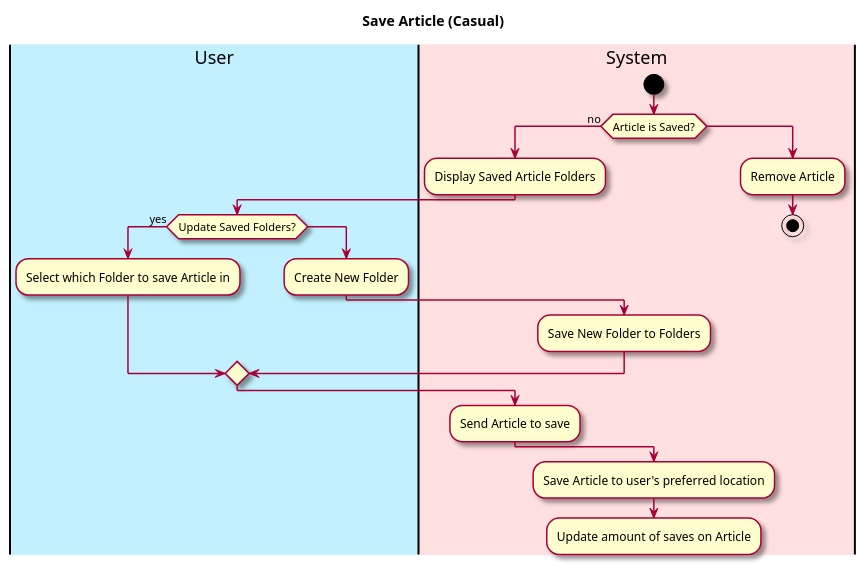
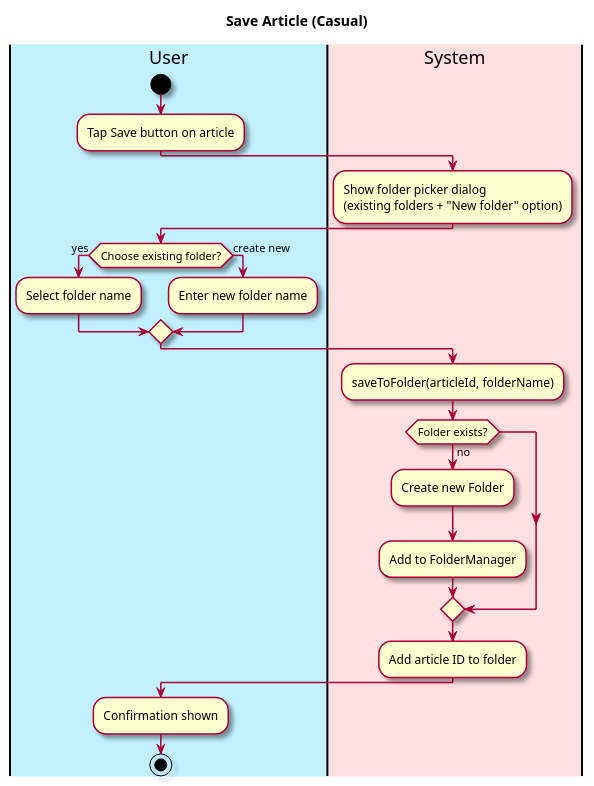
One commit to owhitleym-ui/EcoScoop changed the first of 3 diagrams in intellij/doc/use-cases/save-article.md. Above: the diagram before and after it, drawn with PlantUML. The commit also changed other lines of this file and 12 other files, not shown here.

Commit message:
Updated documentation, class diagram, use cases, and readme

````diff
--- a/intellij/doc/use-cases/save-article.md
+++ b/intellij/doc/use-cases/save-article.md
@@ -24,35 +19,36 @@
 ```plantuml
 @startuml
-
 skin rose
 
 title Save Article (Casual)
 
-'define the lanes
 |#application|User|
 |#implementation|System|
 
+|User|
+start
+:Tap Save button on article;
+
 |System|
-start
-if (Article is Saved?) then (no)
-:Display Saved Article Folders;
+:Show folder picker dialog\n(existing folders + "New folder" option);
+
 |User|
-if(Update Saved Folders?) then (yes)
-:Select which Folder to save Article in;
-else()
-:Create New Folder;
-|System|
-:Save New Folder to Folders;
-endif
-|System|
-:Send Article to save;
- else ()
-:Remove Article;
-stop
+if (Choose existing folder?) then (yes)
+  :Select folder name;
+else (create new)
+  :Enter new folder name;
 endif
 
+|System|
+:saveToFolder(articleId, folderName);
+if (Folder exists?) then (no)
+  :Create new Folder;
+  :Add to FolderManager;
+endif
+:Add article ID to folder;
 
-:Save Article to user's preferred location;
-:Update amount of saves on Article;
+|User|
+:Confirmation shown;
+stop
 @enduml
 ```
````
